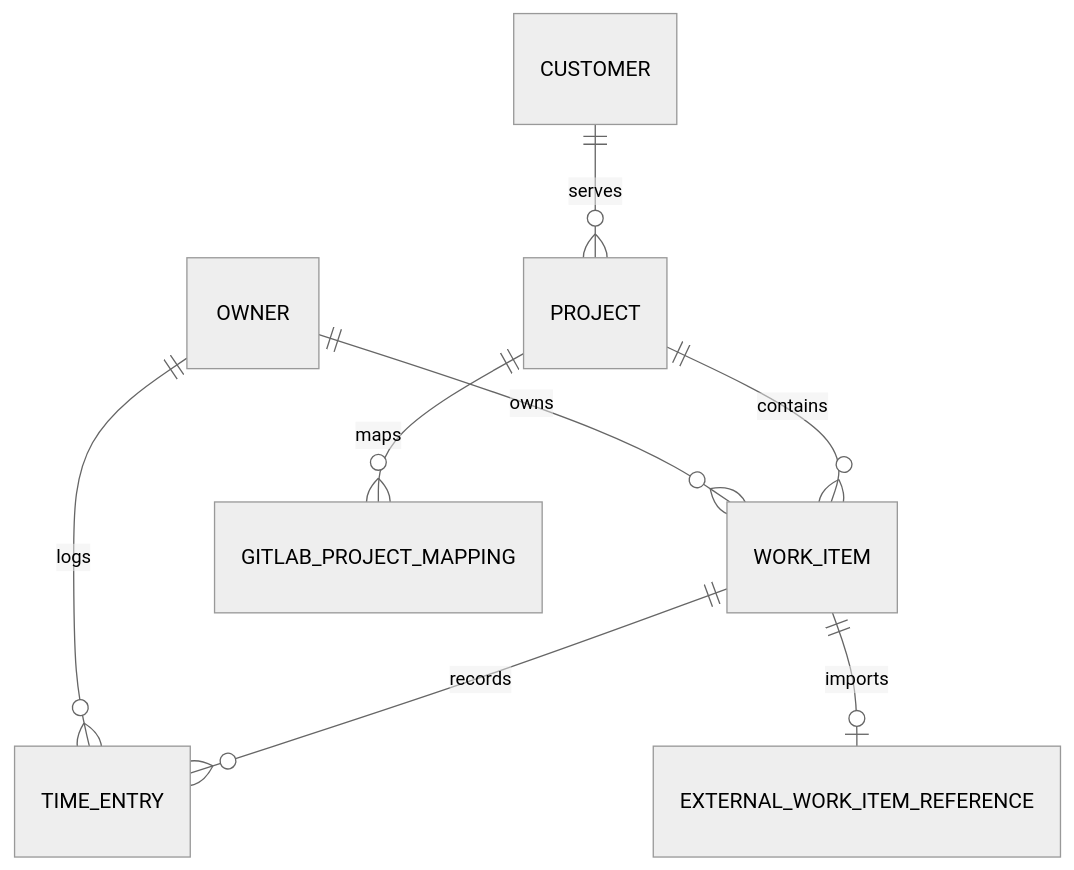
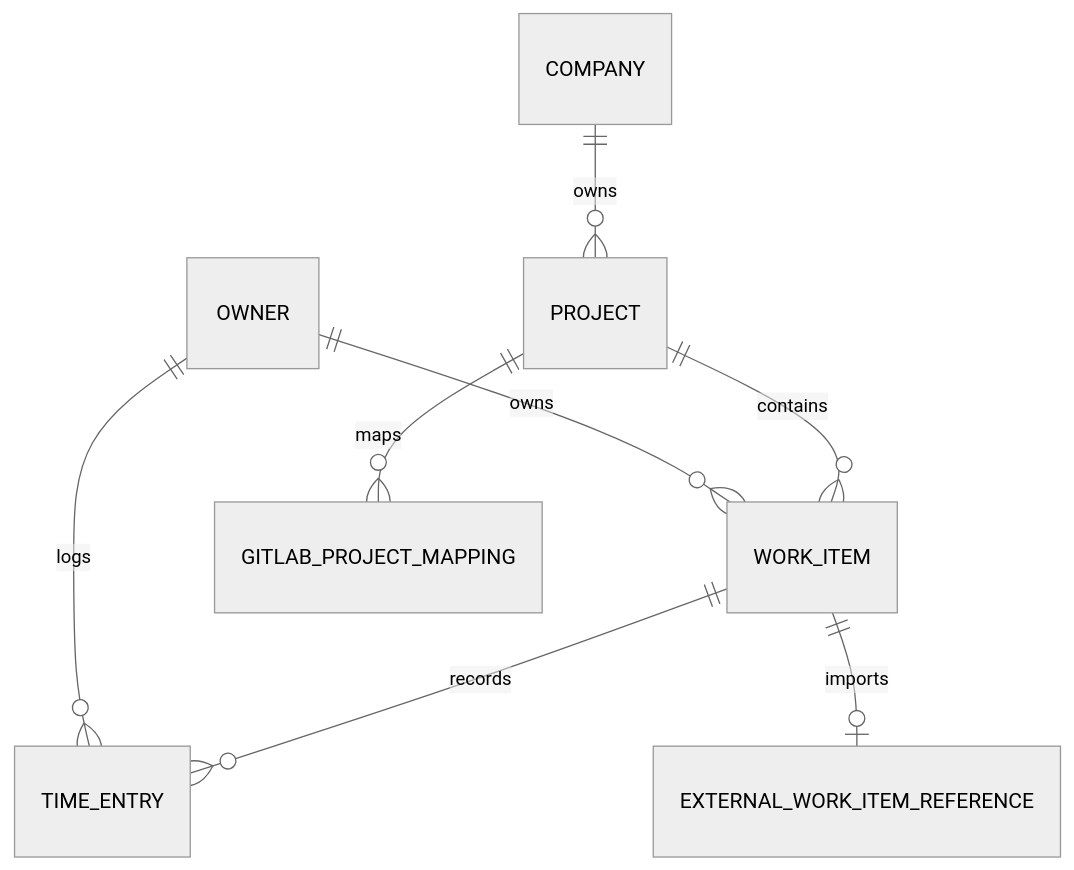
Before and after one commit to wasant-prds/project-management-system: the third of 3 diagrams in document/ARCHITECTURE.md, drawn with Mermaid (neutral theme). The commit also changed other lines of this file and 54 other files, not shown here.

Commit message:
#18 Implemented and deployed Company-to-Project management with Dhas assigned to all 25 existing Projects.

````diff
--- a/document/ARCHITECTURE.md
+++ b/document/ARCHITECTURE.md
@@ -101,10 +103,10 @@
 ```mermaid
 erDiagram
-  CUSTOMER ||--o{ PROJECT : serves
+  COMPANY ||--o{ PROJECT : owns
   PROJECT ||--o{ WORK_ITEM : contains
   OWNER ||--o{ WORK_ITEM : owns
   WORK_ITEM ||--o{ TIME_ENTRY : records
   OWNER ||--o{ TIME_ENTRY : logs
   PROJECT ||--o{ GITLAB_PROJECT_MAPPING : maps
   WORK_ITEM ||--o| EXTERNAL_WORK_ITEM_REFERENCE : imports
 ```
````
